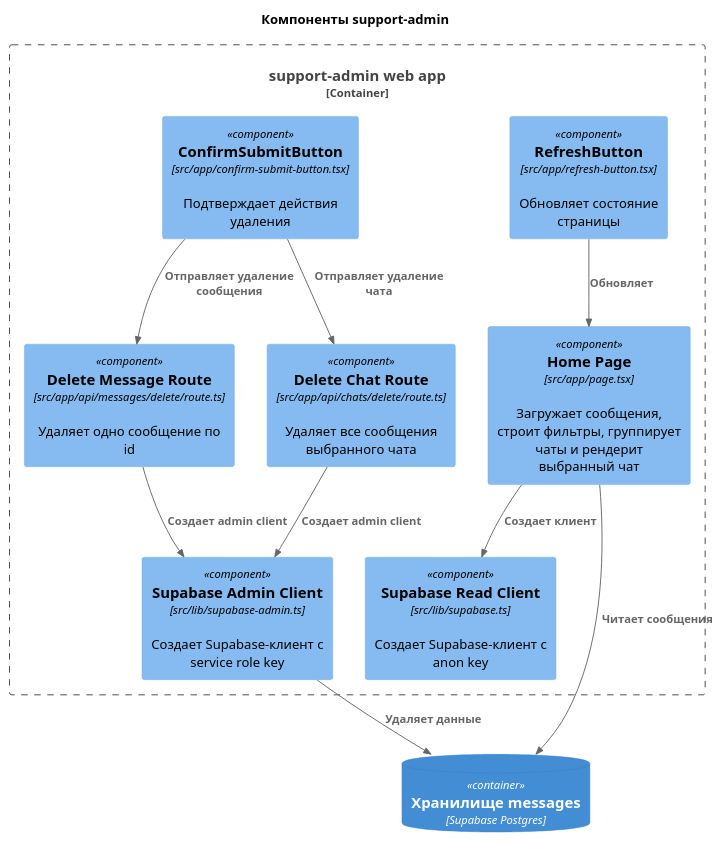
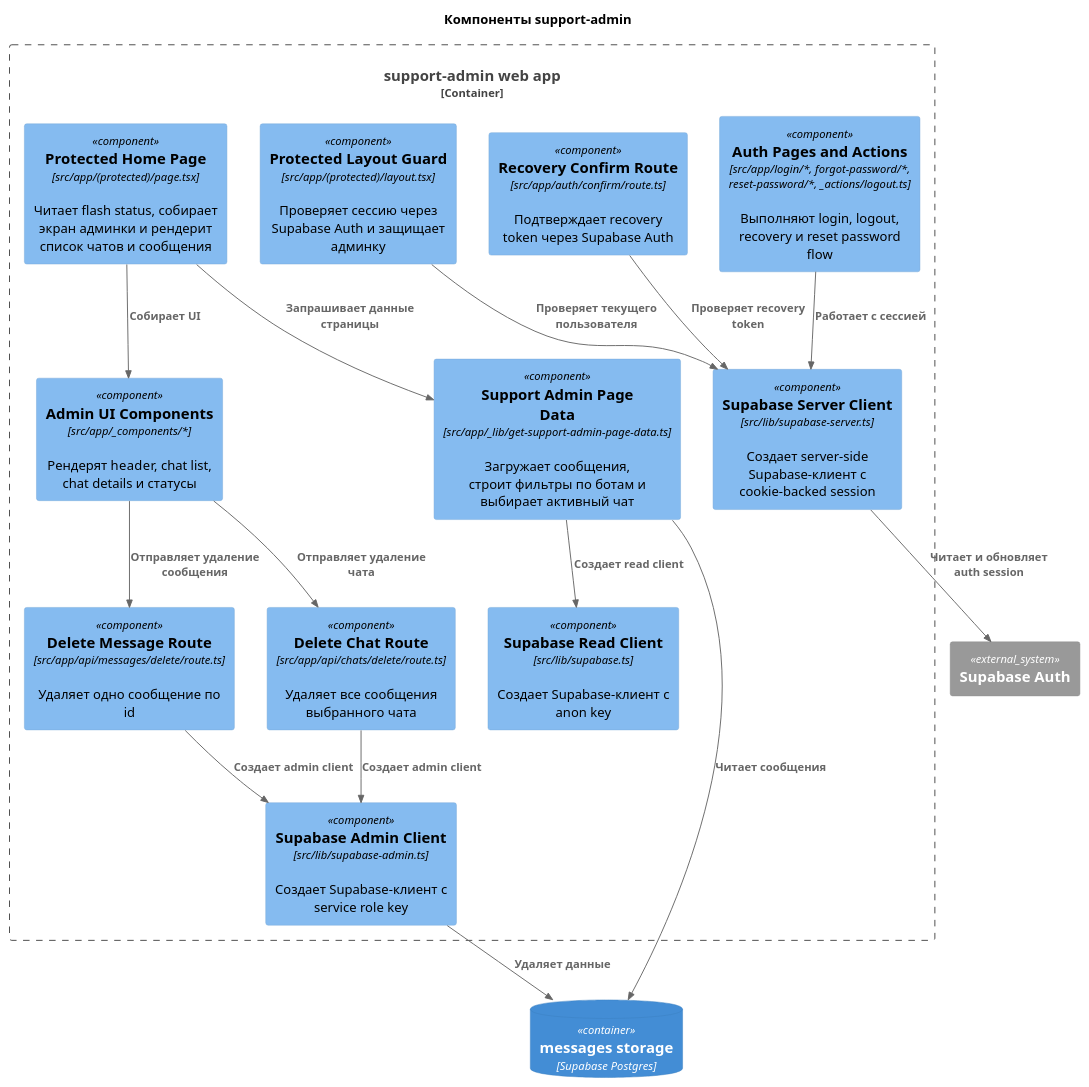
Before and after one commit to AbdulkaevGadel/vibeCodeFS: the diagram in docs/c4/component-admin-panel.puml, drawn with PlantUML. The commit also changed 5 other files, not shown here.

Commit message:
docs(c4): update architecture diagrams and admin panel components to match current implementation

```diff
--- a/docs/c4/component-admin-panel.puml
+++ b/docs/c4/component-admin-panel.puml
@@ -1,27 +1,37 @@
 @startuml
 !include https://raw.githubusercontent.com/plantuml-stdlib/C4-PlantUML/master/C4_Component.puml
 
 title Компоненты support-admin
 
 Container_Boundary(webApp, "support-admin web app") {
-  Component(homePage, "Home Page", "src/app/page.tsx", "Загружает сообщения, строит фильтры, группирует чаты и рендерит выбранный чат")
+  Component(protectedLayout, "Protected Layout Guard", "src/app/(protected)/layout.tsx", "Проверяет сессию через Supabase Auth и защищает админку")
+  Component(homePage, "Protected Home Page", "src/app/(protected)/page.tsx", "Читает flash status, собирает экран админки и рендерит список чатов и сообщения")
+  Component(pageData, "Support Admin Page Data", "src/app/_lib/get-support-admin-page-data.ts", "Загружает сообщения, строит фильтры по ботам и выбирает активный чат")
+  Component(adminUi, "Admin UI Components", "src/app/_components/*", "Рендерят header, chat list, chat details и статусы")
   Component(readClient, "Supabase Read Client", "src/lib/supabase.ts", "Создает Supabase-клиент с anon key")
+  Component(serverClient, "Supabase Server Client", "src/lib/supabase-server.ts", "Создает server-side Supabase-клиент с cookie-backed session")
   Component(adminClient, "Supabase Admin Client", "src/lib/supabase-admin.ts", "Создает Supabase-клиент с service role key")
-  Component(refreshButton, "RefreshButton", "src/app/refresh-button.tsx", "Обновляет состояние страницы")
-  Component(confirmButton, "ConfirmSubmitButton", "src/app/confirm-submit-button.tsx", "Подтверждает действия удаления")
+  Component(authFlow, "Auth Pages and Actions", "src/app/login/*, forgot-password/*, reset-password/*, _actions/logout.ts", "Выполняют login, logout, recovery и reset password flow")
+  Component(confirmRoute, "Recovery Confirm Route", "src/app/auth/confirm/route.ts", "Подтверждает recovery token через Supabase Auth")
   Component(deleteMessageRoute, "Delete Message Route", "src/app/api/messages/delete/route.ts", "Удаляет одно сообщение по id")
   Component(deleteChatRoute, "Delete Chat Route", "src/app/api/chats/delete/route.ts", "Удаляет все сообщения выбранного чата")
 }
 
-ContainerDb(db, "Хранилище messages", "Supabase Postgres")
+ContainerDb(db, "messages storage", "Supabase Postgres")
+System_Ext(supabaseAuth, "Supabase Auth")
 
-Rel(homePage, readClient, "Создает клиент")
-Rel(homePage, db, "Читает сообщения")
-Rel(refreshButton, homePage, "Обновляет")
-Rel(confirmButton, deleteMessageRoute, "Отправляет удаление сообщения")
-Rel(confirmButton, deleteChatRoute, "Отправляет удаление чата")
+Rel(protectedLayout, serverClient, "Проверяет текущего пользователя")
+Rel(homePage, pageData, "Запрашивает данные страницы")
+Rel(pageData, readClient, "Создает read client")
+Rel(pageData, db, "Читает сообщения")
+Rel(homePage, adminUi, "Собирает UI")
+Rel(adminUi, deleteMessageRoute, "Отправляет удаление сообщения")
+Rel(adminUi, deleteChatRoute, "Отправляет удаление чата")
 Rel(deleteMessageRoute, adminClient, "Создает admin client")
 Rel(deleteChatRoute, adminClient, "Создает admin client")
 Rel(adminClient, db, "Удаляет данные")
+Rel(authFlow, serverClient, "Работает с сессией")
+Rel(confirmRoute, serverClient, "Проверяет recovery token")
+Rel(serverClient, supabaseAuth, "Читает и обновляет auth session")
 
 @enduml
```
